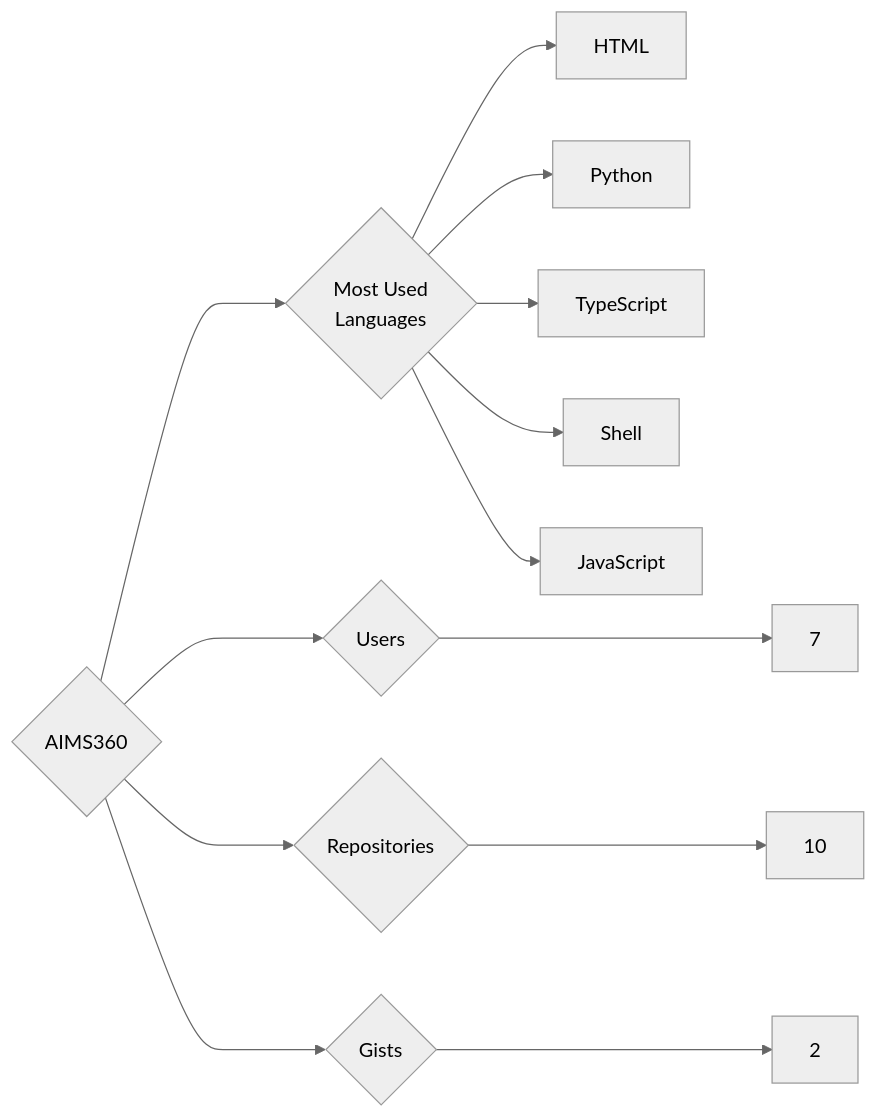
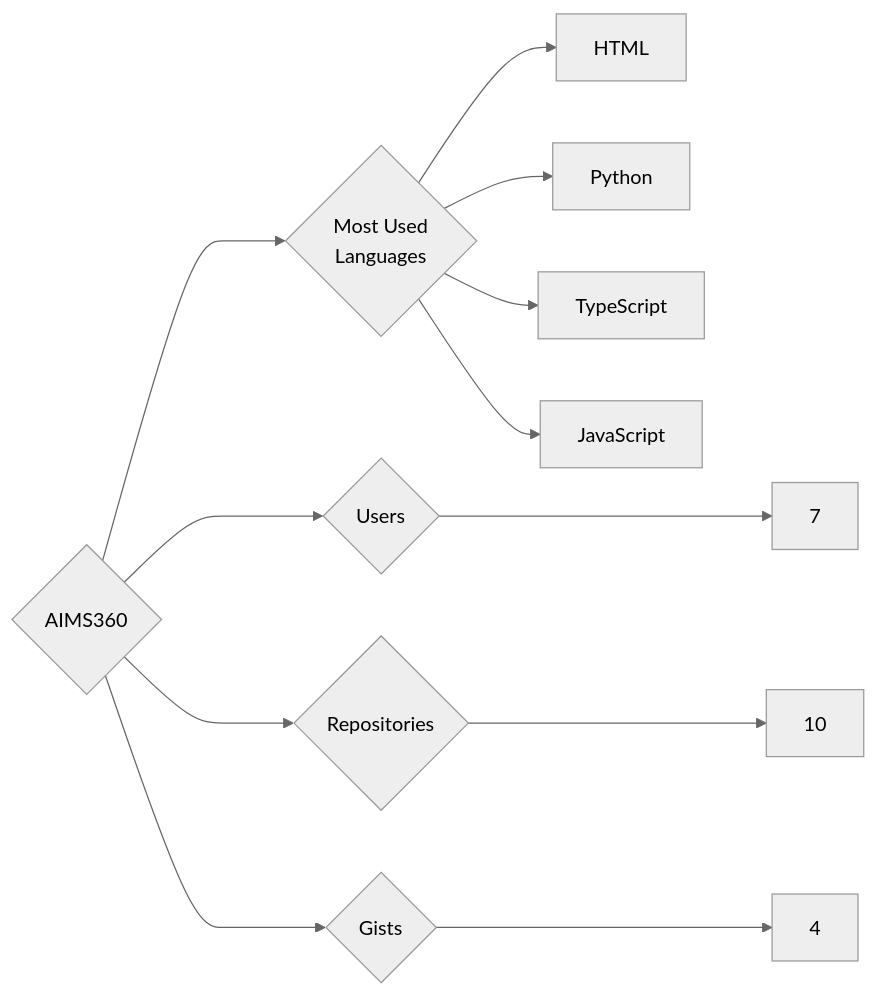
Before and after one commit to trickest/insiders: the diagram in targets/AIMS360/README.md, drawn with Mermaid (neutral theme). The commit also changed 1023 other files, not shown here.

````diff
--- a/targets/AIMS360/README.md
+++ b/targets/AIMS360/README.md
@@ -3,13 +3,12 @@
 ```mermaid
 graph LR
 COMPANY_NAME{AIMS360}
 COMPANY_NAME ---> U{Users} ---> UN[7]
 COMPANY_NAME ---> R{Repositories} ---> RN[10]
-COMPANY_NAME ---> G{Gists} ---> GN[2]
+COMPANY_NAME ---> G{Gists} ---> GN[4]
 COMPANY_NAME ---> ML{Most Used<br>Languages}
 ML --> HTML[HTML]
 ML --> Python[Python]
 ML --> TypeScript[TypeScript]
-ML --> Shell[Shell]
 ML --> JavaScript[JavaScript]
 ```
````
